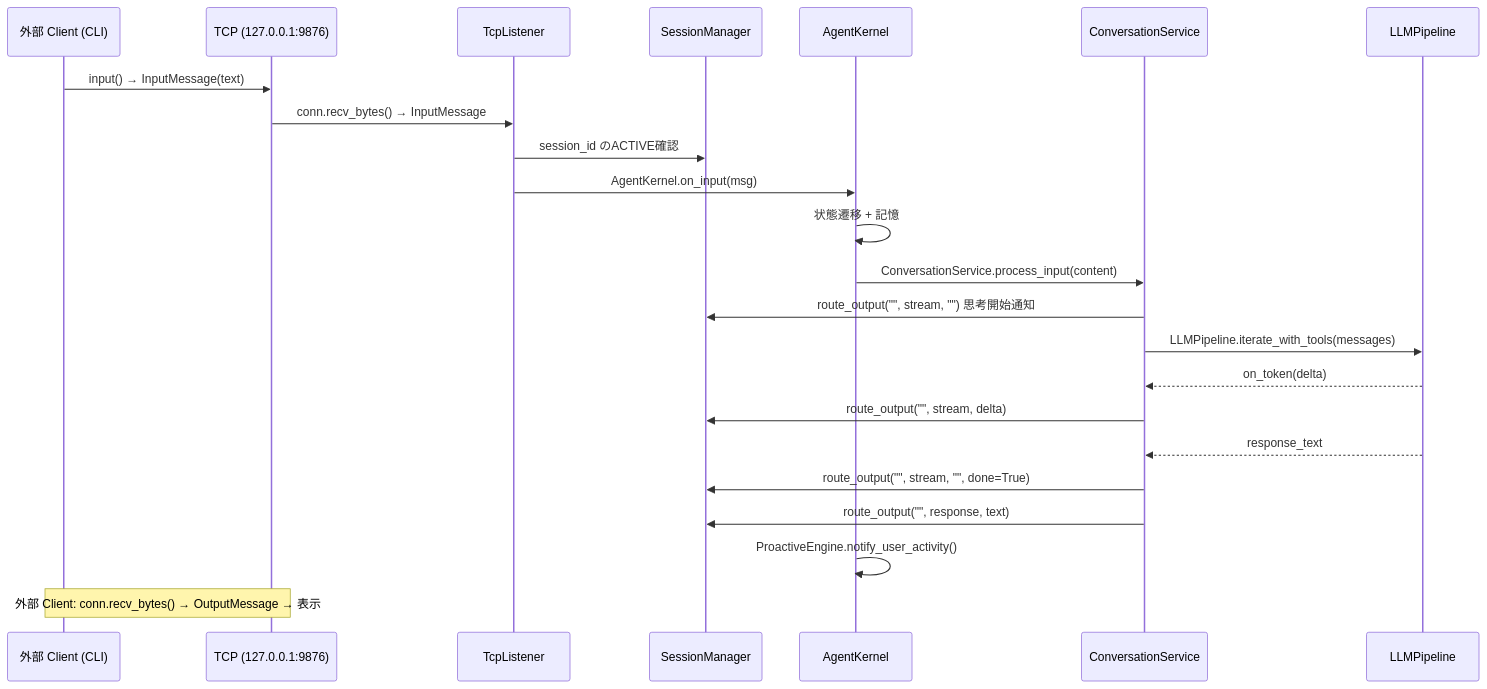
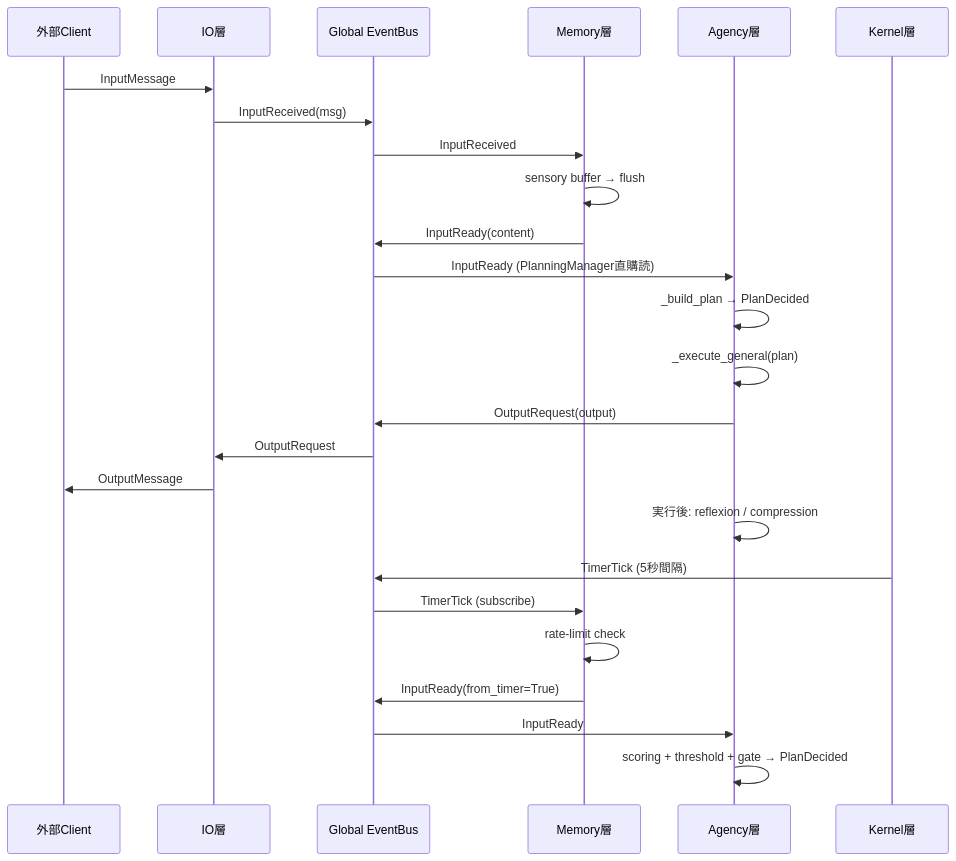
One commit to ibukani/iris-mind changed the second of 4 diagrams in docs/architecture.md. Above: the diagram before and after it, drawn with Mermaid. The commit also changed other lines of this file and 128 other files, not shown here.

````diff
--- a/docs/architecture.md
+++ b/docs/architecture.md
@@ -247,26 +71,29 @@
 ```mermaid
 sequenceDiagram
-    participant Client as 外部 Client (CLI)
-    participant TCP as TCP (127.0.0.1:9876)
-    participant Tcp as TcpListener
-    participant Session as SessionManager
-    participant Kernel as AgentKernel
-    participant Conv as ConversationService
-    participant LLM as LLMPipeline
+    participant TCP as 外部Client
+    participant IO as IO層
+    participant EB as Global EventBus
+    participant MEM as Memory層
+    participant AG as Agency層
+    participant KRN as Kernel層
 
-    Client->>TCP: input() → InputMessage(text)
-    TCP->>Tcp: conn.recv_bytes() → InputMessage
-    Tcp->>Session: session_id のACTIVE確認
-    Tcp->>Kernel: AgentKernel.on_input(msg)
-    Kernel->>Kernel: 状態遷移 + 記憶
-    Kernel->>Conv: ConversationService.process_input(content)
-    Conv->>Session: route_output("", stream, "") 思考開始通知
-    Conv->>LLM: LLMPipeline.iterate_with_tools(messages)
-    LLM-->>Conv: on_token(delta)
-    Conv->>Session: route_output("", stream, delta)
-    LLM-->>Conv: response_text
-    Conv->>Session: route_output("", stream, "", done=True)
-    Conv->>Session: route_output("", response, text)
-    Kernel->>Kernel: ProactiveEngine.notify_user_activity()
-    Note over Client,TCP: 外部 Client: conn.recv_bytes() → OutputMessage → 表示
+    TCP->>IO: InputMessage
+    IO->>EB: InputReceived(msg)
+    EB->>MEM: InputReceived
+    MEM->>MEM: sensory buffer → flush
+    MEM->>EB: InputReady(content)
+    EB->>AG: InputReady (PlanningManager直購読)
+    AG->>AG: _build_plan → PlanDecided
+    AG->>AG: _execute_general(plan)
+    AG->>EB: OutputRequest(output)
+    EB->>IO: OutputRequest
+    IO->>TCP: OutputMessage
+    AG->>AG: 実行後: reflexion / compression
+
+    KRN->>EB: TimerTick (5秒間隔)
+    EB->>MEM: TimerTick (subscribe)
+    MEM->>MEM: rate-limit check
+    MEM->>EB: InputReady(from_timer=True)
+    EB->>AG: InputReady
+    AG->>AG: scoring + threshold + gate → PlanDecided
 ```
````
